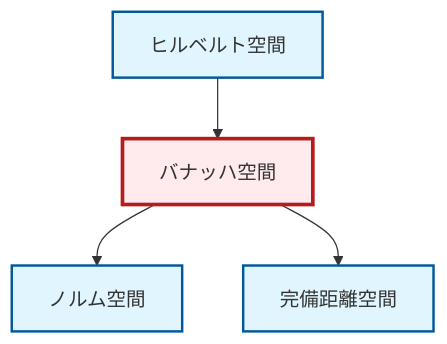
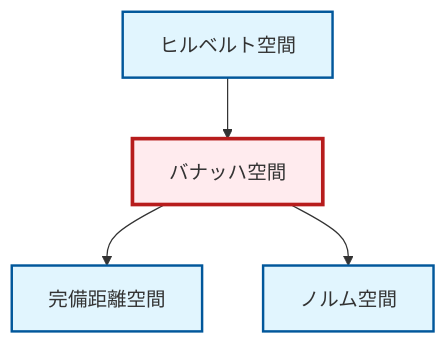
Before and after one commit to RK0429/ModernMath: the diagram in output/mermaid/ja/def-banach-space.mermaid, drawn with Mermaid. The commit also changed other lines of this file and 1712 other files, not shown here.

```diff
--- a/output/mermaid/ja/def-banach-space.mermaid
+++ b/output/mermaid/ja/def-banach-space.mermaid
@@ -1,14 +1,14 @@
 graph TD
     classDef definition fill:#e1f5fe,stroke:#01579b,stroke-width:2px
     classDef theorem fill:#f3e5f5,stroke:#4a148c,stroke-width:2px
     classDef axiom fill:#fff3e0,stroke:#e65100,stroke-width:2px
     classDef example fill:#e8f5e9,stroke:#1b5e20,stroke-width:2px
     classDef current fill:#ffebee,stroke:#b71c1c,stroke-width:3px
+    def-banach-space["バナッハ空間"]:::definition
+    def-hilbert-space["ヒルベルト空間"]:::definition
     def-complete-metric-space["完備距離空間"]:::definition
-    def-hilbert-space["ヒルベルト空間"]:::definition
     def-normed-vector-space["ノルム空間"]:::definition
-    def-banach-space["バナッハ空間"]:::definition
     def-hilbert-space --> def-banach-space
+    def-banach-space --> def-complete-metric-space
     def-banach-space --> def-normed-vector-space
-    def-banach-space --> def-complete-metric-space
     class def-banach-space current
```
